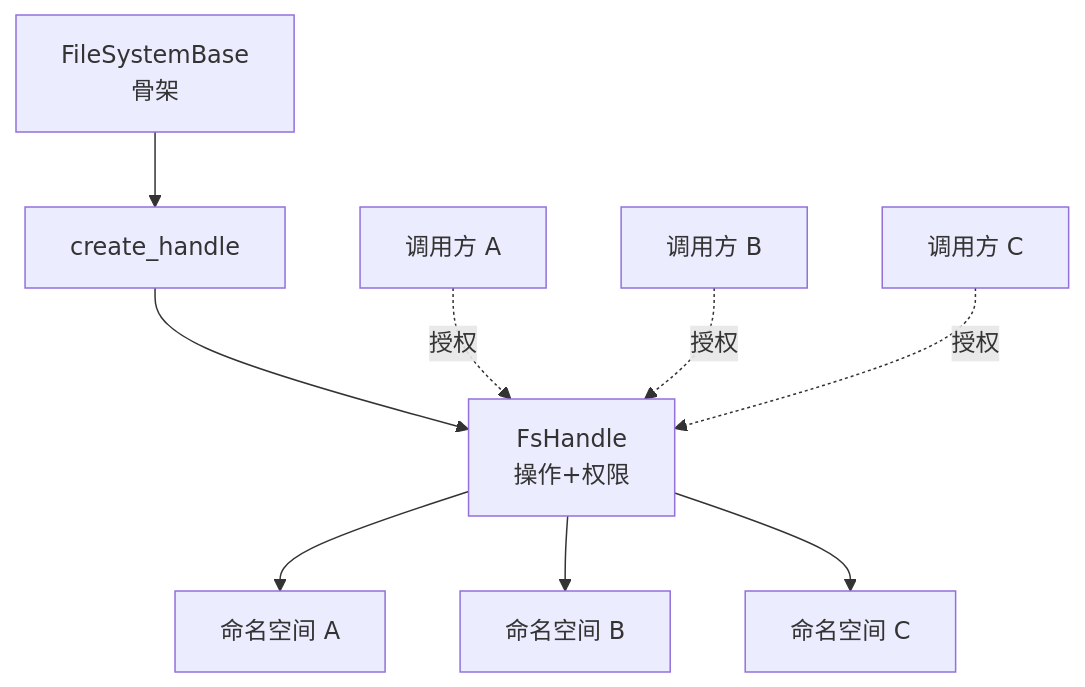
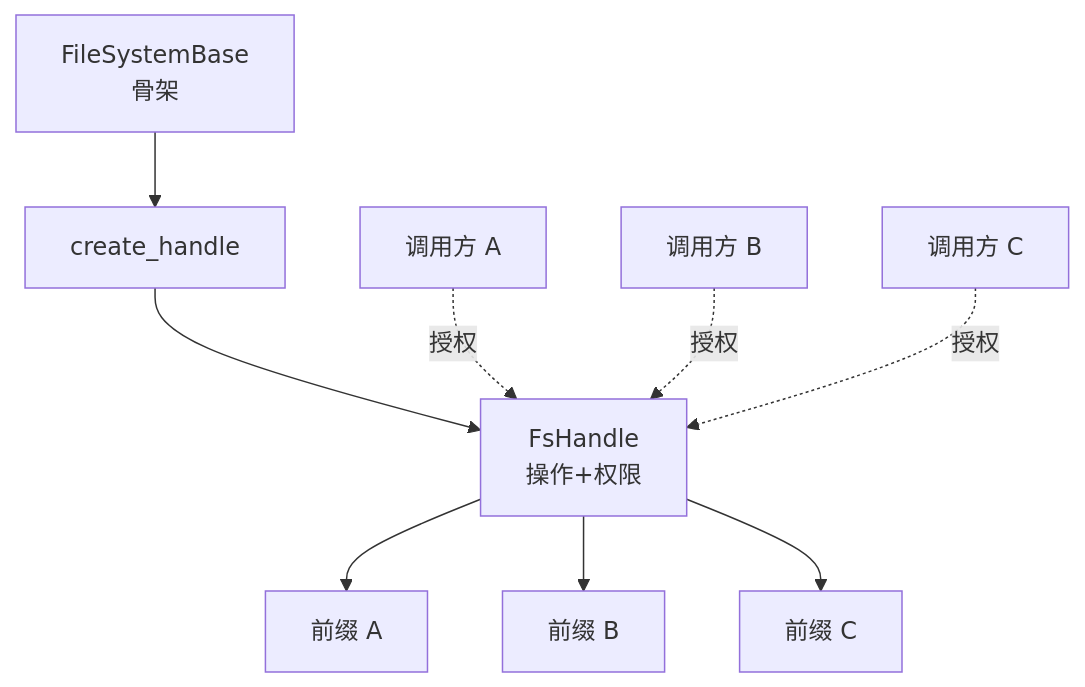
One commit to agentscope-ai/agentscope changed the first of 6 diagrams in docs/filesystem/SOP.md. Above: the diagram before and after it, drawn with Mermaid. The commit also changed other lines of this file, not shown here.

````diff
--- a/docs/filesystem/SOP.md
+++ b/docs/filesystem/SOP.md
@@ -16,11 +54,11 @@
 ```mermaid
 flowchart TD
   FS[FileSystemBase<br/>骨架] --> HG[create_handle]
   HG --> FH[FsHandle<br/>操作+权限]
-  FH --> N1["命名空间 A"]
-  FH --> N2["命名空间 B"]
-  FH --> N3["命名空间 C"]
+  FH --> N1["前缀 A"]
+  FH --> N2["前缀 B"]
+  FH --> N3["前缀 C"]
   A[调用方 A] -. 授权 .-> FH
   B[调用方 B] -. 授权 .-> FH
   C[调用方 C] -. 授权 .-> FH
 ```
````
